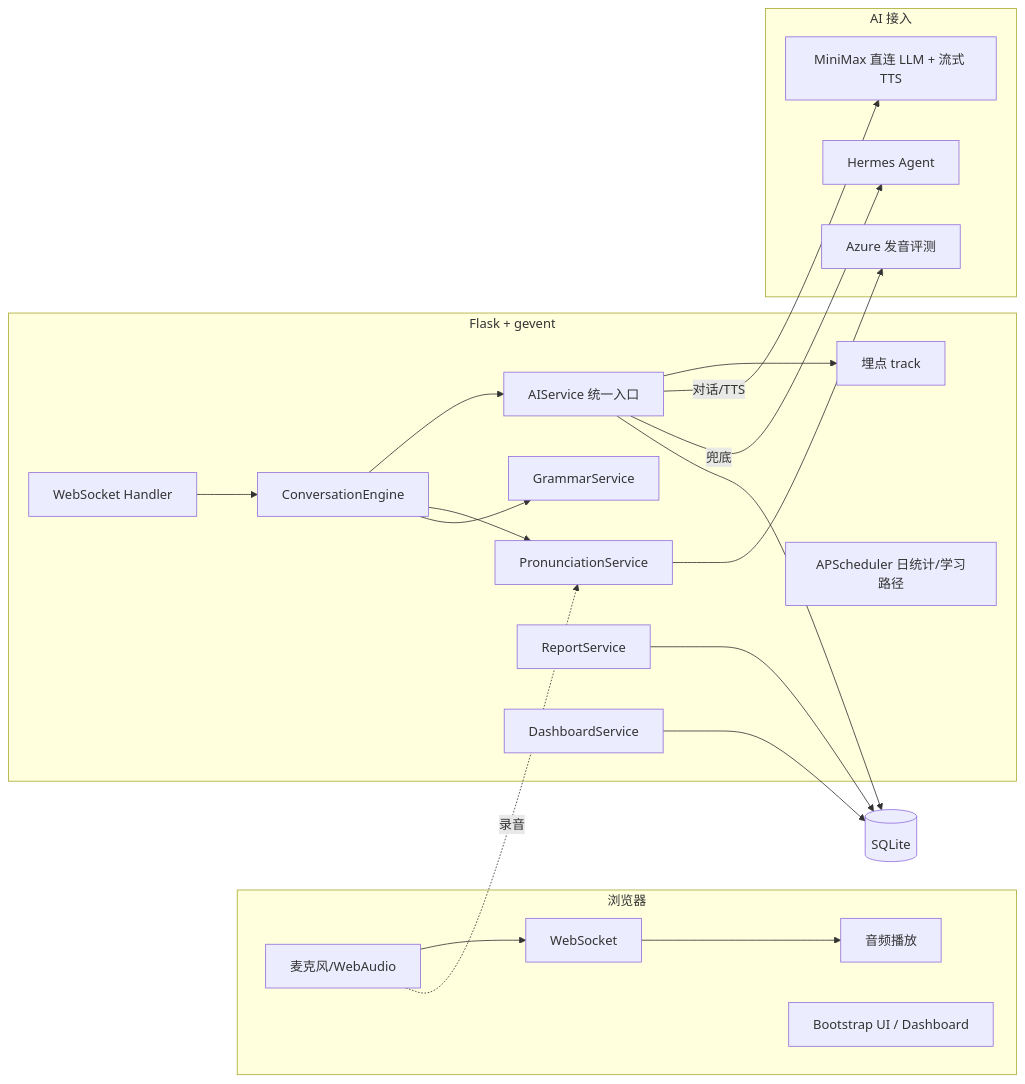
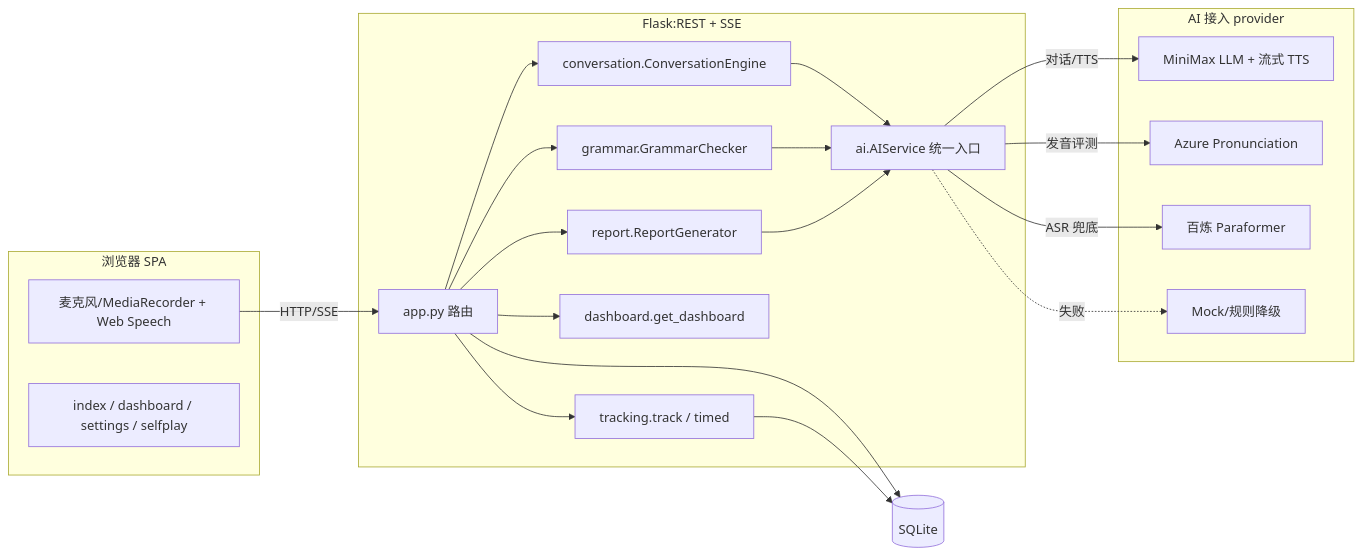
The first of 3 diagrams in design.md (zhoutingunl/speak_mate), drawn with Mermaid before and after one commit. The commit also changed other lines of this file and 2 other files, not shown here.

````diff
--- a/design.md
+++ b/design.md
@@ -151,30 +154,27 @@
 ```mermaid
 flowchart LR
-    subgraph Client[浏览器]
-        Mic[麦克风/WebAudio] --> WS[WebSocket]
-        WS --> Play[音频播放]
-        UI[Bootstrap UI / Dashboard]
+    subgraph Client[浏览器 SPA]
+        Mic[麦克风/MediaRecorder + Web Speech] 
+        UI[index / dashboard / settings / selfplay]
     end
 
-    subgraph Server[Flask + gevent]
-        WSH[WebSocket Handler] --> Conv[ConversationEngine]
-        Conv --> AISvc[AIService 统一入口]
-        Conv --> Pron[PronunciationService]
-        Conv --> Gram[GrammarService]
-        AISvc --> Track[埋点 track]
-        Report[ReportService]
-        DashSvc[DashboardService]
-        Sched[APScheduler 日统计/学习路径]
+    subgraph Server[Flask:REST + SSE]
+        Routes[app.py 路由] --> Conv[conversation.ConversationEngine]
+        Routes --> Gram[grammar.GrammarChecker]
+        Routes --> Rep[report.ReportGenerator]
+        Routes --> Dash[dashboard.get_dashboard]
+        Routes --> Trk[tracking.track / timed]
+        Conv & Gram & Rep --> AISvc[ai.AIService 统一入口]
     end
 
-    subgraph AI[AI 接入]
-        AISvc -->|对话/TTS| MM[MiniMax 直连 LLM + 流式 TTS]
-        AISvc -->|兜底| Hermes[Hermes Agent]
-        Pron --> Azure[Azure 发音评测]
+    subgraph AI[AI 接入 provider]
+        AISvc -->|对话/TTS| MM[MiniMax LLM + 流式 TTS]
+        AISvc -->|发音评测| Azure[Azure Pronunciation]
+        AISvc -->|ASR 兜底| BL[百炼 Paraformer]
+        AISvc -.失败.-> Mock[Mock/规则降级]
     end
 
-    Mic -.录音.-> Pron
-    AISvc --> DB[(SQLite)]
-    Report --> DB
-    DashSvc --> DB
+    Mic -->|HTTP/SSE| Routes
+    Routes --> DB[(SQLite)]
+    Trk --> DB
 ```
````
